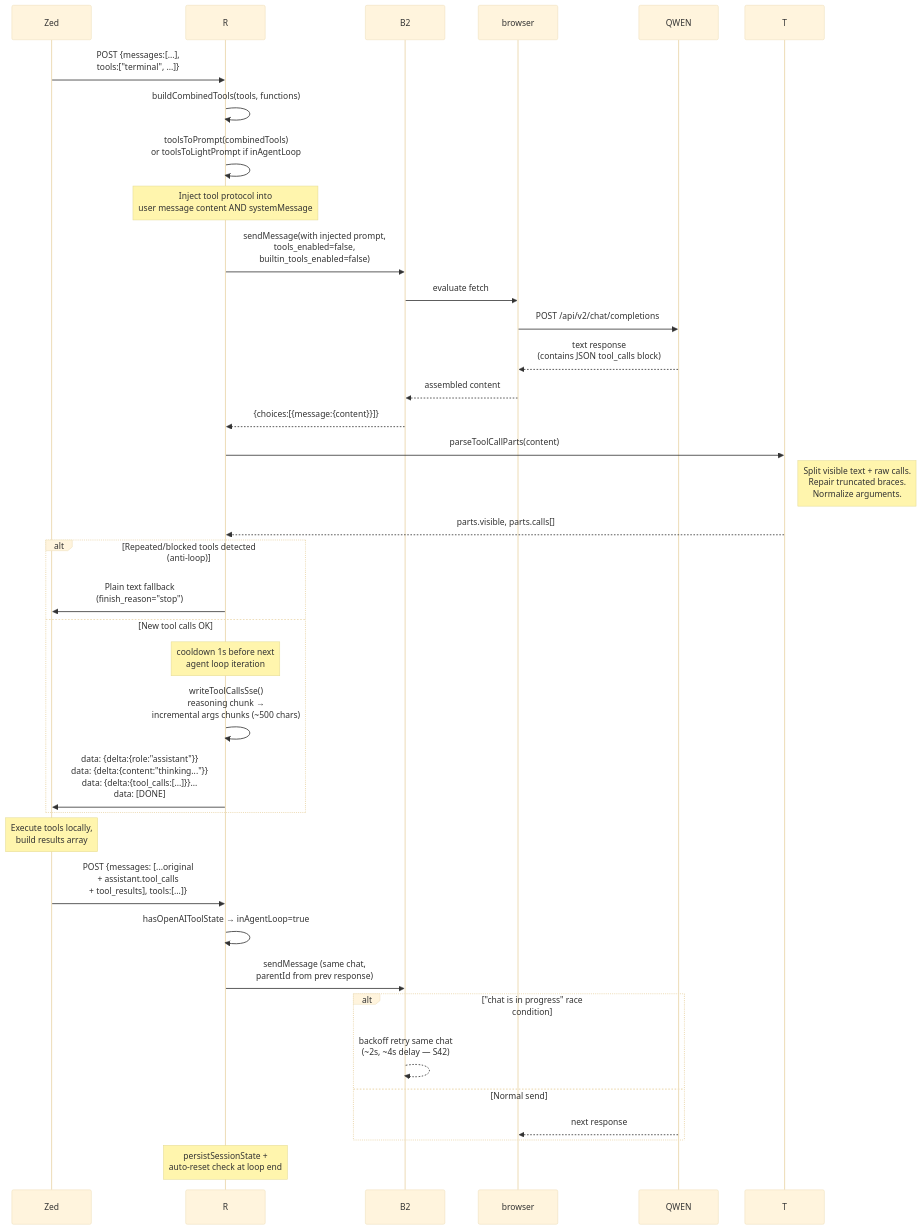
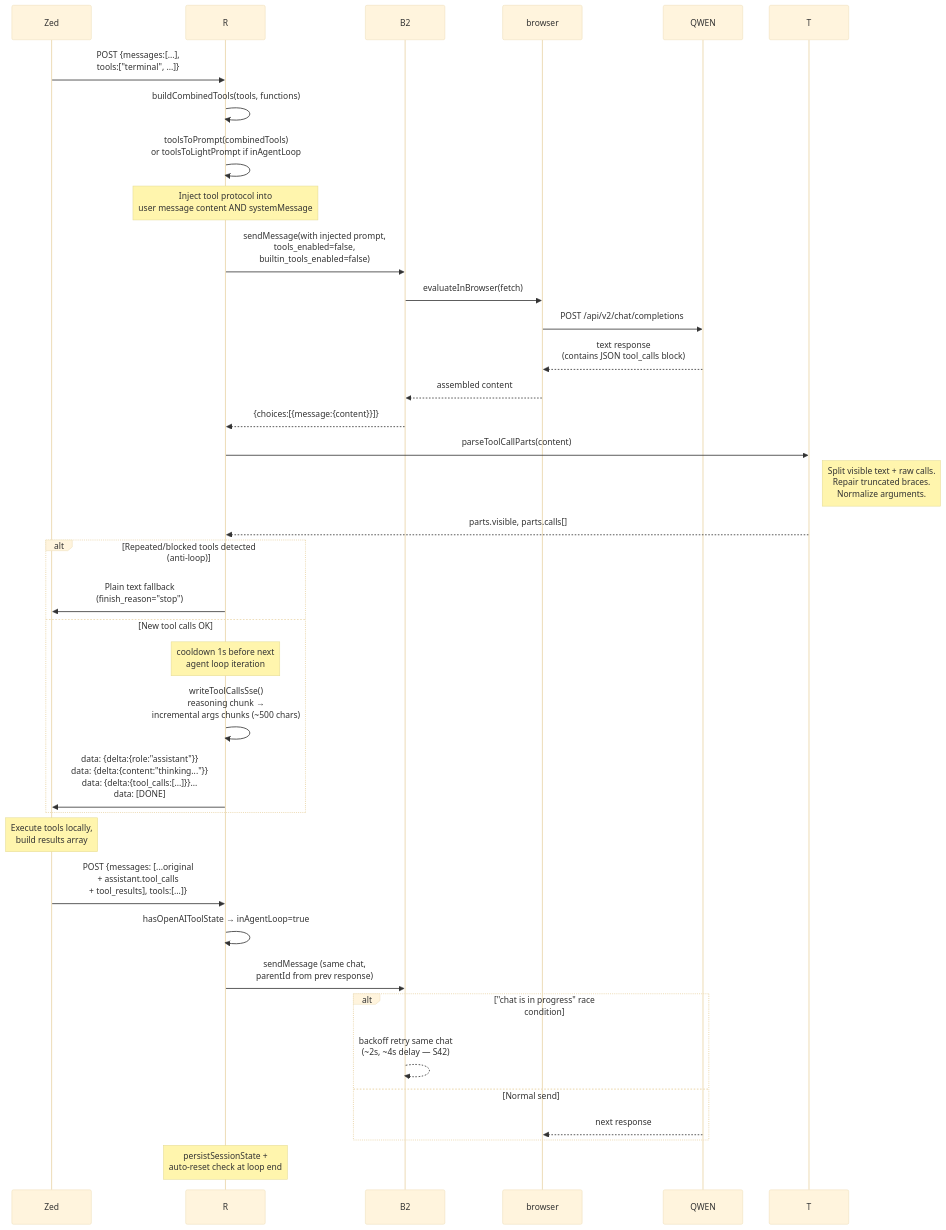
The third of 6 diagrams in docs/02_ARCHITECTURE.md (provincialx/FreeQwenApi), drawn with Mermaid (base theme) before and after one commit. The commit also changed other lines of this file and 5 other files, not shown here.

````diff
--- a/docs/02_ARCHITECTURE.md
+++ b/docs/02_ARCHITECTURE.md
@@ -94,46 +108,46 @@
 ```mermaid
 sequenceDiagram
     Zed->>R: POST {messages:[...],<br/>tools:["terminal", ...]}
 
     R->>R: buildCombinedTools(tools, functions)
     R->>R: toolsToPrompt(combinedTools)<br/>or toolsToLightPrompt if inAgentLoop
 
     Note over R: Inject tool protocol into<br/>user message content AND systemMessage
 
     R->>B2: sendMessage(with injected prompt,<br/>tools_enabled=false,<br/>builtin_tools_enabled=false)
 
-    B2->>browser: evaluate fetch
+    B2->>browser: evaluateInBrowser(fetch)
     browser->>QWEN: POST /api/v2/chat/completions
 
     QWEN-->>browser: text response<br/>(contains JSON tool_calls block)
 
     browser-->>B2: assembled content
     B2-->>R: {choices:[{message:{content}}]}
 
     R->>T: parseToolCallParts(content)
     Note right of T: Split visible text + raw calls.<br/>Repair truncated braces.<br/>Normalize arguments.
     T-->>R: parts.visible, parts.calls[]
 
     alt Repeated/blocked tools detected (anti-loop)
         R->>Zed: Plain text fallback<br/>(finish_reason="stop")
     else New tool calls OK
         Note over R: cooldown 1s before next<br/>agent loop iteration
         R->>R: writeToolCallsSse()<br/>reasoning chunk →<br/>incremental args chunks (~500 chars)
         R->>Zed: data: {delta:{role:"assistant"}}<br/>data: {delta:{content:"thinking..."}}<br/>data: {delta:{tool_calls:[...]}}...<br/>data: [DONE]
     end
 
     Note over Zed: Execute tools locally,<br/>build results array
 
     Zed->>R: POST {messages: [...original<br/>+ assistant.tool_calls<br/>+ tool_results], tools:[...]}
 
     R->>R: hasOpenAIToolState → inAgentLoop=true
     R->>B2: sendMessage (same chat,<br/>parentId from prev response)
 
     alt "chat is in progress" race condition
         B2-->>B2: backoff retry same chat<br/>(~2s, ~4s delay — S42)
     else Normal send
         QWEN-->>browser: next response
     end
 
     Note over R: persistSessionState +<br/>auto-reset check at loop end
 ```
````
